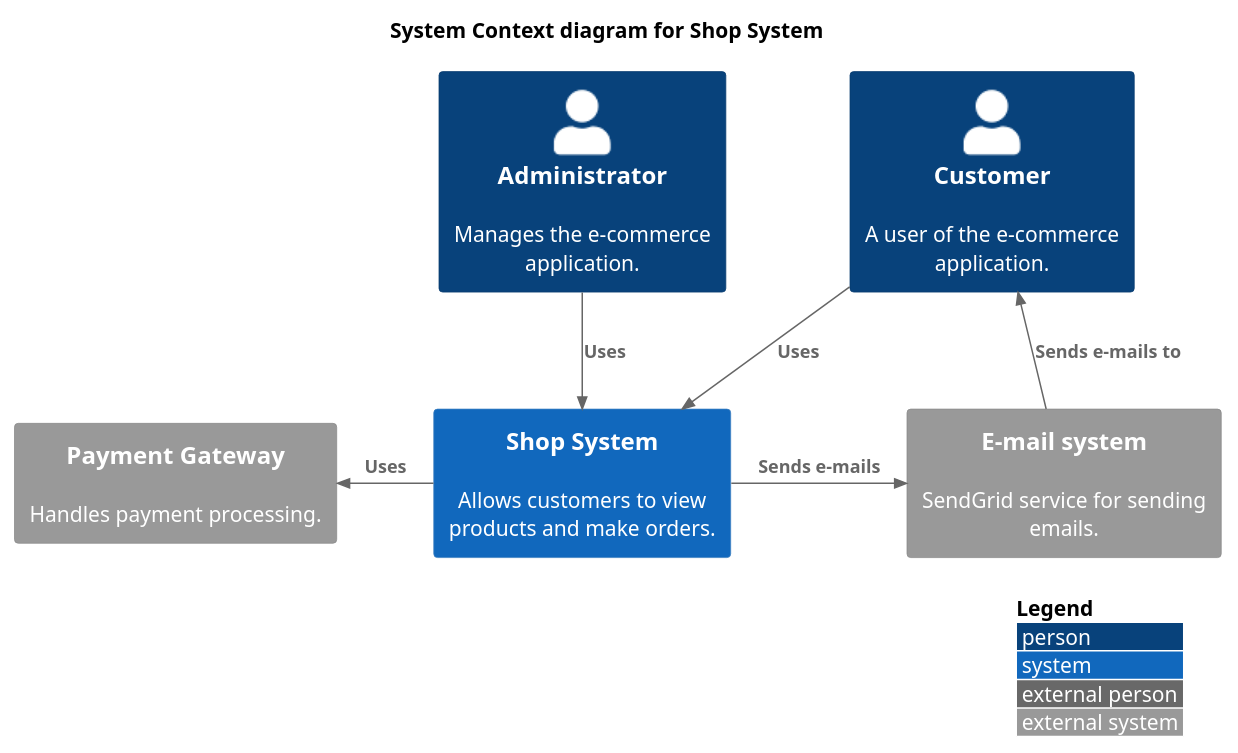
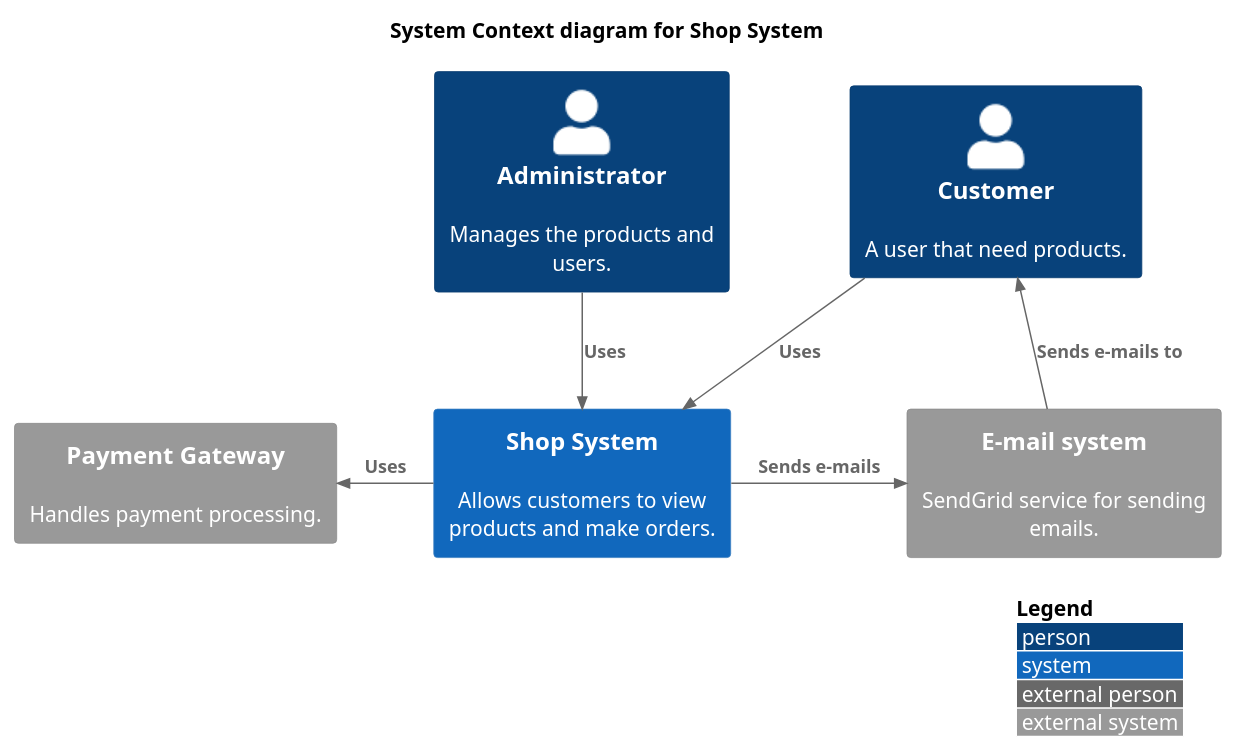
Before and after one commit to TNOSC/Shop: the diagram in docs/src/uml/shop_SystemContext.puml, drawn with PlantUML. The commit also changed 2 other files, not shown here.

```diff
--- a/docs/src/uml/shop_SystemContext.puml
+++ b/docs/src/uml/shop_SystemContext.puml
@@ -1,21 +1,21 @@
 @startuml
 !include https://raw.githubusercontent.com/plantuml-stdlib/C4-PlantUML/master/C4_Context.puml
 
 LAYOUT_WITH_LEGEND()
 
 title System Context diagram for Shop System
 
-Person(customer, "Customer", "A user of the e-commerce application.")
-Person(administartor, "Administrator", "Manages the e-commerce application.")
+Person(customer, "Customer", "A user that need products.")
+Person(administartor, "Administrator", "Manages the products and users.")
 System(shop, "Shop System", "Allows customers to view products and make orders.")
 
 System_Ext(mail_system, "E-mail system", "SendGrid service for sending emails.")
 System_Ext(payment, "Payment Gateway", "Handles payment processing.")
 
 Rel(customer, shop, "Uses")
 Rel(administartor, shop, "Uses")
 Rel_Back(customer, mail_system, "Sends e-mails to")
 Rel_R(shop, mail_system, "Sends e-mails")
 Rel_L(shop, payment, "Uses")
 
 @enduml
```
